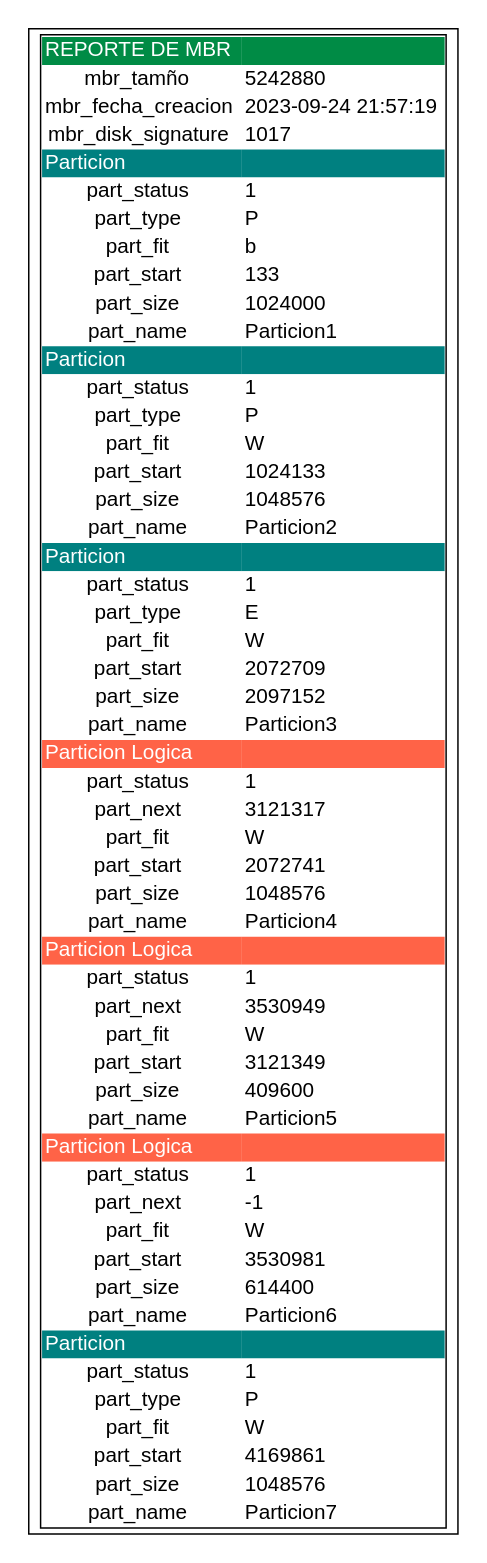
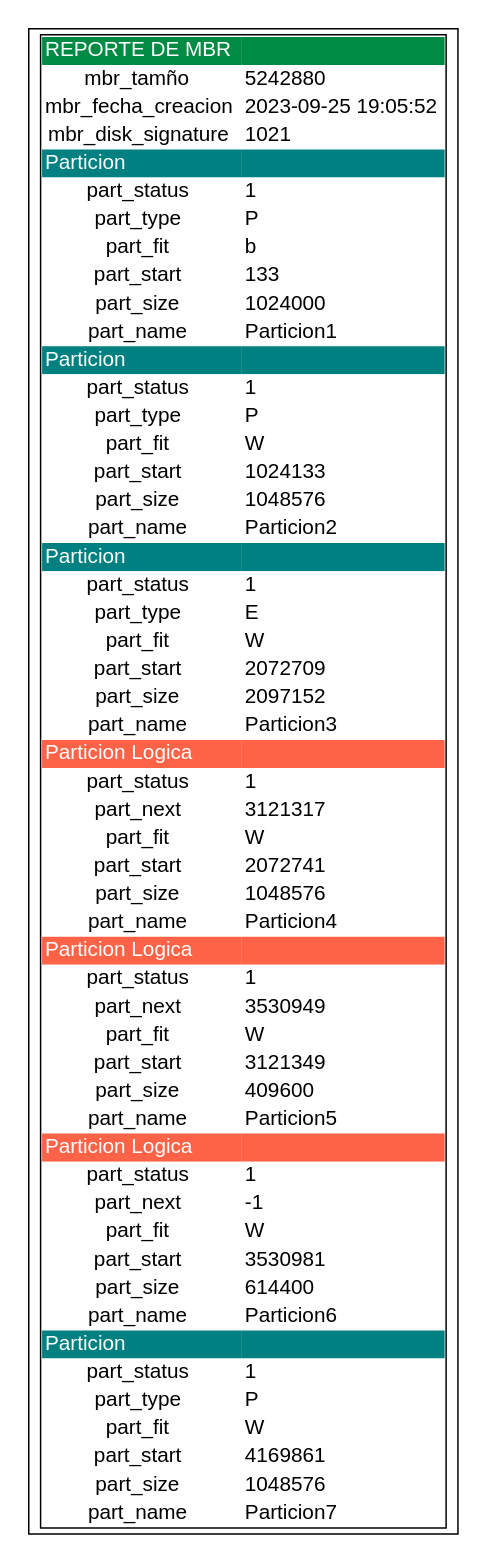
Before and after one commit to luis-tavico/MIA_2SP2_202000562: the diagram in reportes/reporte_mbr.dot, drawn with Graphviz. The commit also changed 11 other files, not shown here.

```diff
--- a/reportes/reporte_mbr.dot
+++ b/reportes/reporte_mbr.dot
@@ -12,11 +12,11 @@
         </tr>
         <tr>
             <td bgcolor="white" align="center"> mbr_fecha_creacion </td>
-            <td bgcolor="white" align="left"> 2023-09-24 21:57:19 </td>
+            <td bgcolor="white" align="left"> 2023-09-25 19:05:52 </td>
         </tr>
         <tr>
             <td bgcolor="white" align="center"> mbr_disk_signature </td>
-            <td bgcolor="white" align="left"> 1017 </td>
+            <td bgcolor="white" align="left"> 1021 </td>
         </tr>
         <tr>
             <td bgcolor="teal" align="left"><font color="white"> Particion </font></td>
```
